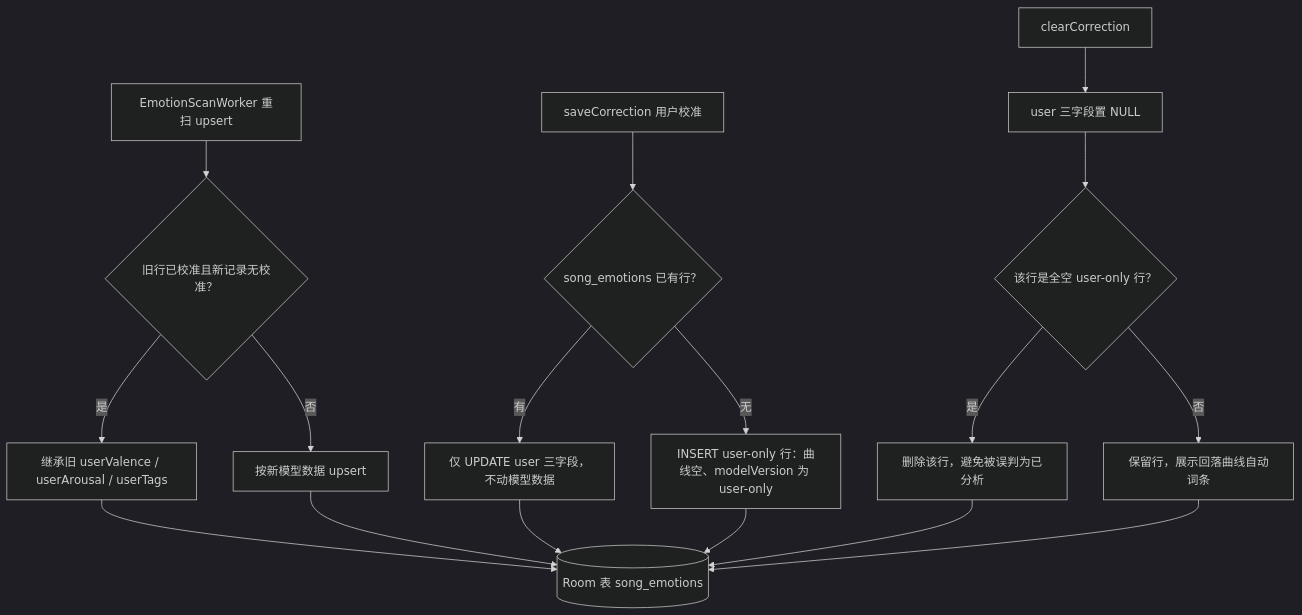
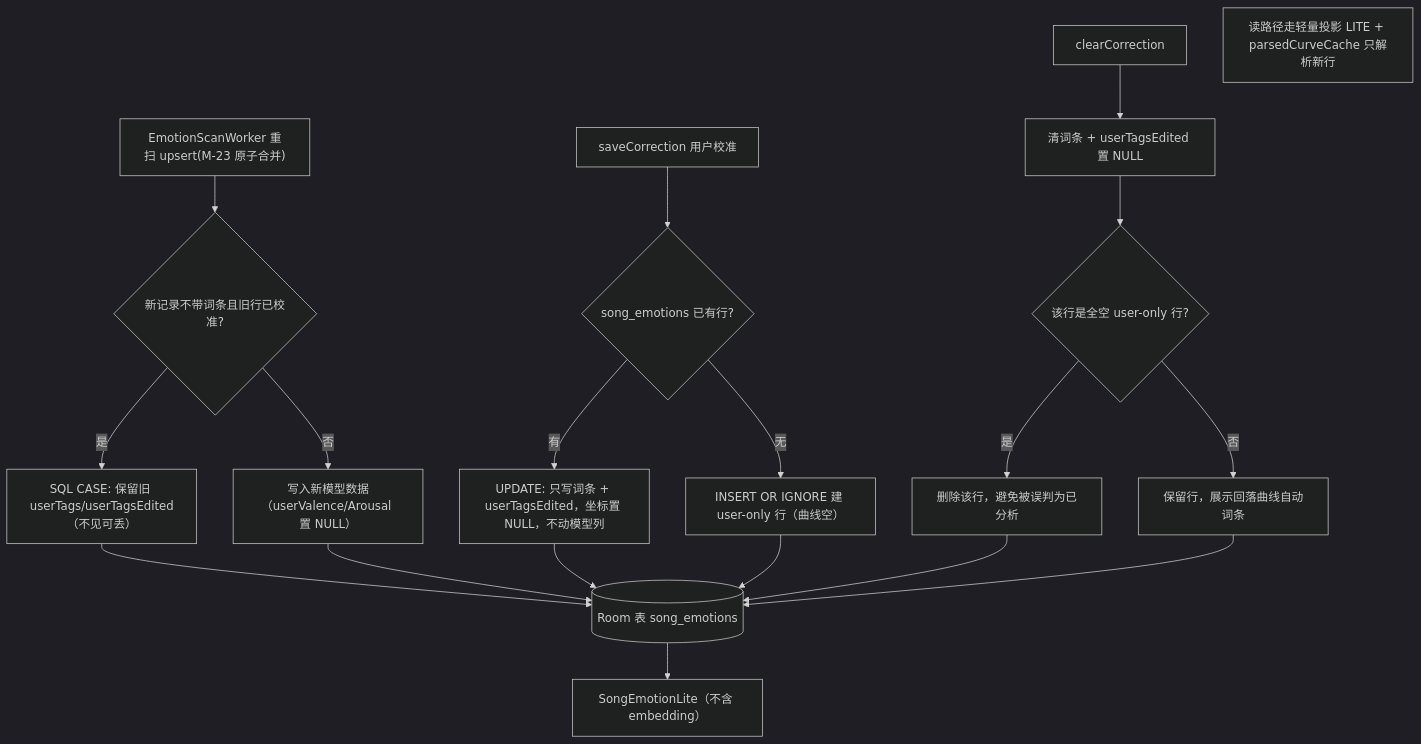
One commit to DefineMyCode/melody-in-heart-x changed the third of 3 diagrams in openwiki/concepts/emotion-model.md. Above: the diagram before and after it, drawn with Mermaid (dark theme). The commit also changed other lines of this file and 38 other files, not shown here.

````diff
--- a/openwiki/concepts/emotion-model.md
+++ b/openwiki/concepts/emotion-model.md
@@ -262,19 +324,21 @@
 ```mermaid
 flowchart TD
-    SCAN["EmotionScanWorker 重扫 upsert"] --> CHK{"旧行已校准且新记录无校准？"}
-    CHK -->|"是"| INH["继承旧 userValence / userArousal / userTags"]
-    CHK -->|"否"| UPS["按新模型数据 upsert"]
-    CAL["saveCorrection 用户校准"] --> EX{"song_emotions 已有行？"}
-    EX -->|"有"| UPD["仅 UPDATE user 三字段，不动模型数据"]
-    EX -->|"无"| INS["INSERT user-only 行：曲线空、modelVersion 为 user-only"]
-    CLR["clearCorrection"] --> NUL["user 三字段置 NULL"]
-    NUL --> ISP{"该行是全空 user-only 行？"}
+    SCAN["EmotionScanWorker 重扫 upsert(M-23 原子合并)"] --> CHK{"新记录不带词条且旧行已校准?"}
+    CHK -->|"是"| INH["SQL CASE: 保留旧 userTags/userTagsEdited（不见可丢）"]
+    CHK -->|"否"| UPS["写入新模型数据（userValence/Arousal 置 NULL）"]
+    CAL["saveCorrection 用户校准"] --> EX{"song_emotions 已有行?"}
+    EX -->|"有"| UPD["UPDATE: 只写词条 + userTagsEdited，坐标置 NULL，不动模型列"]
+    EX -->|"无"| INS["INSERT OR IGNORE 建 user-only 行（曲线空）"]
+    CLR["clearCorrection"] --> NUL["清词条 + userTagsEdited 置 NULL"]
+    NUL --> ISP{"该行是全空 user-only 行?"}
     ISP -->|"是"| DEL["删除该行，避免被误判为已分析"]
     ISP -->|"否"| KEEP["保留行，展示回落曲线自动词条"]
+    CACHE2["读路径走轻量投影 LITE + parsedCurveCache 只解析新行"]
     INH --> DB[("Room 表 song_emotions")]
     UPS --> DB
     UPD --> DB
     INS --> DB
     DEL --> DB
     KEEP --> DB
+    DB --> LITE["SongEmotionLite（不含 embedding）"]
 ```
````
